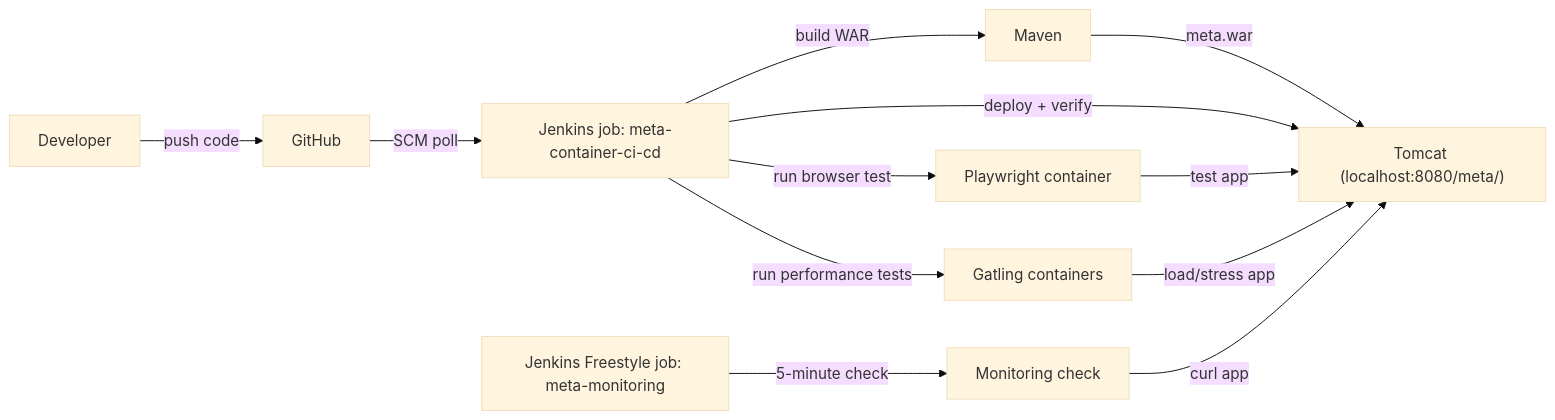
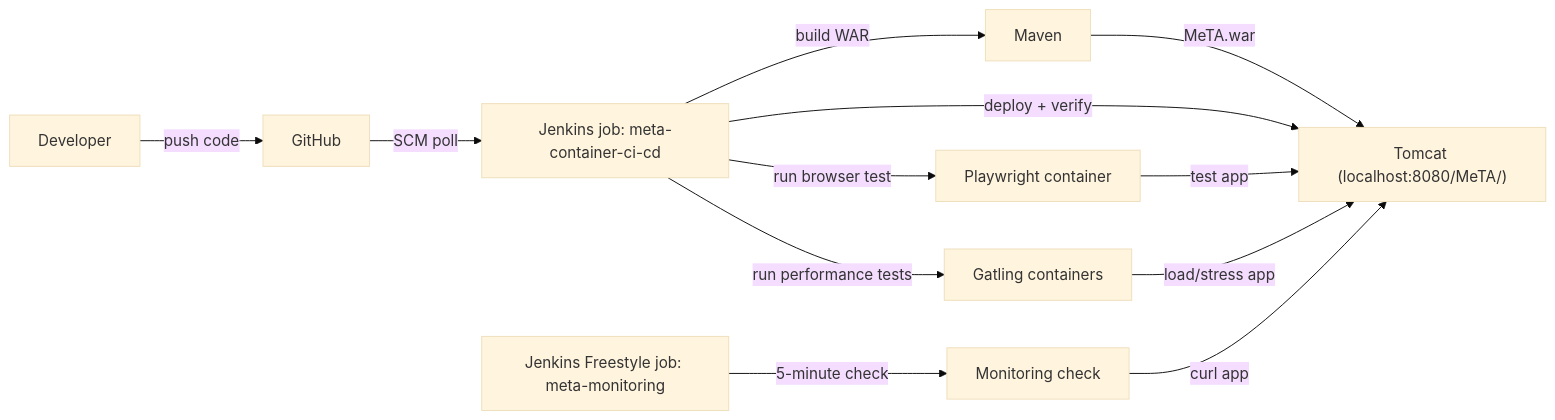
One commit to y0ncha/meta-final-project changed the first of 3 diagrams in docs/architecture.md. Above: the diagram before and after it, drawn with Mermaid (base theme). The commit also changed other lines of this file and 39 other files, not shown here.

````diff
--- a/docs/architecture.md
+++ b/docs/architecture.md
@@ -7,14 +7,14 @@
 ```mermaid
 flowchart LR
   Dev["Developer"] -->|push code| GitHub["GitHub"]
   GitHub -->|SCM poll| CICD["Jenkins job: meta-container-ci-cd"]
   CICD -->|build WAR| Maven["Maven"]
-  Maven -->|meta.war| Tomcat["Tomcat (localhost:8080/meta/)"]
+  Maven -->|MeTA.war| Tomcat["Tomcat (localhost:8080/MeTA/)"]
   CICD -->|deploy + verify| Tomcat
   CICD -->|run browser test| Playwright["Playwright container"]
   Playwright -->|test app| Tomcat
   CICD -->|run performance tests| Gatling["Gatling containers"]
   Gatling -->|load/stress app| Tomcat
   MonitorJob["Jenkins Freestyle job: meta-monitoring"] -->|5-minute check| Monitor["Monitoring check"]
   Monitor -->|curl app| Tomcat
 ```
````
